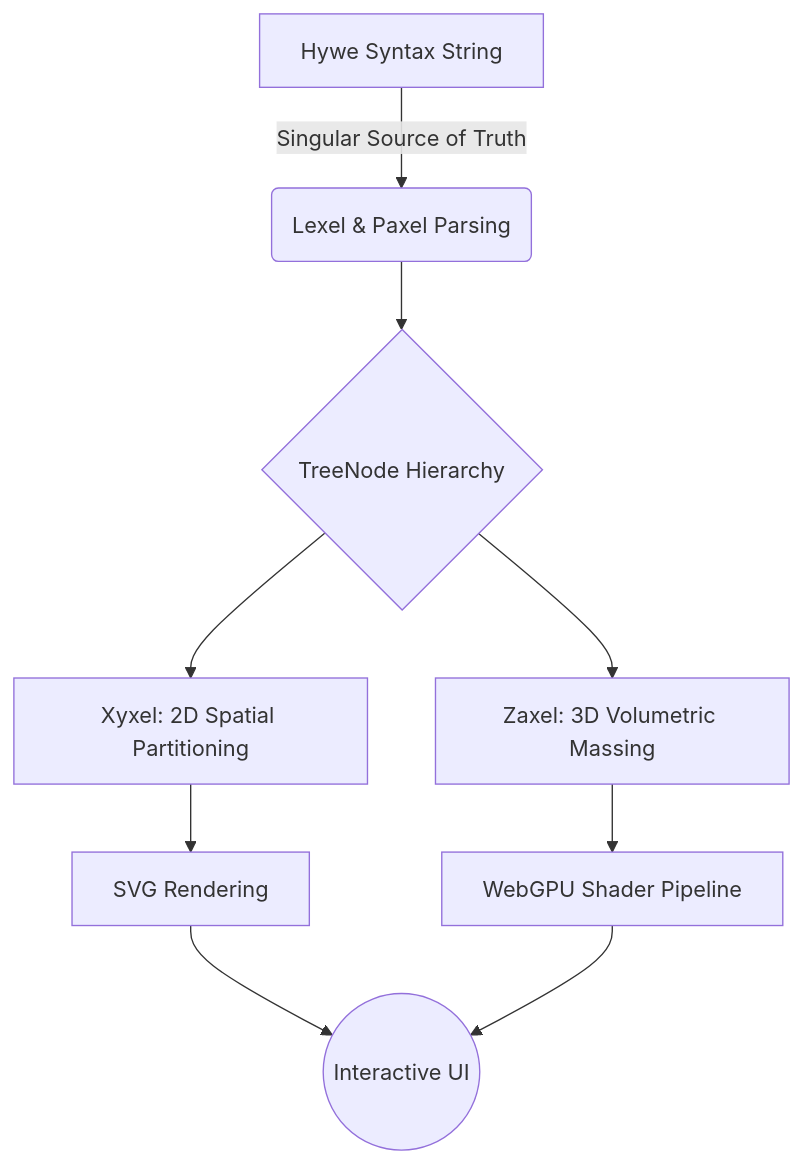
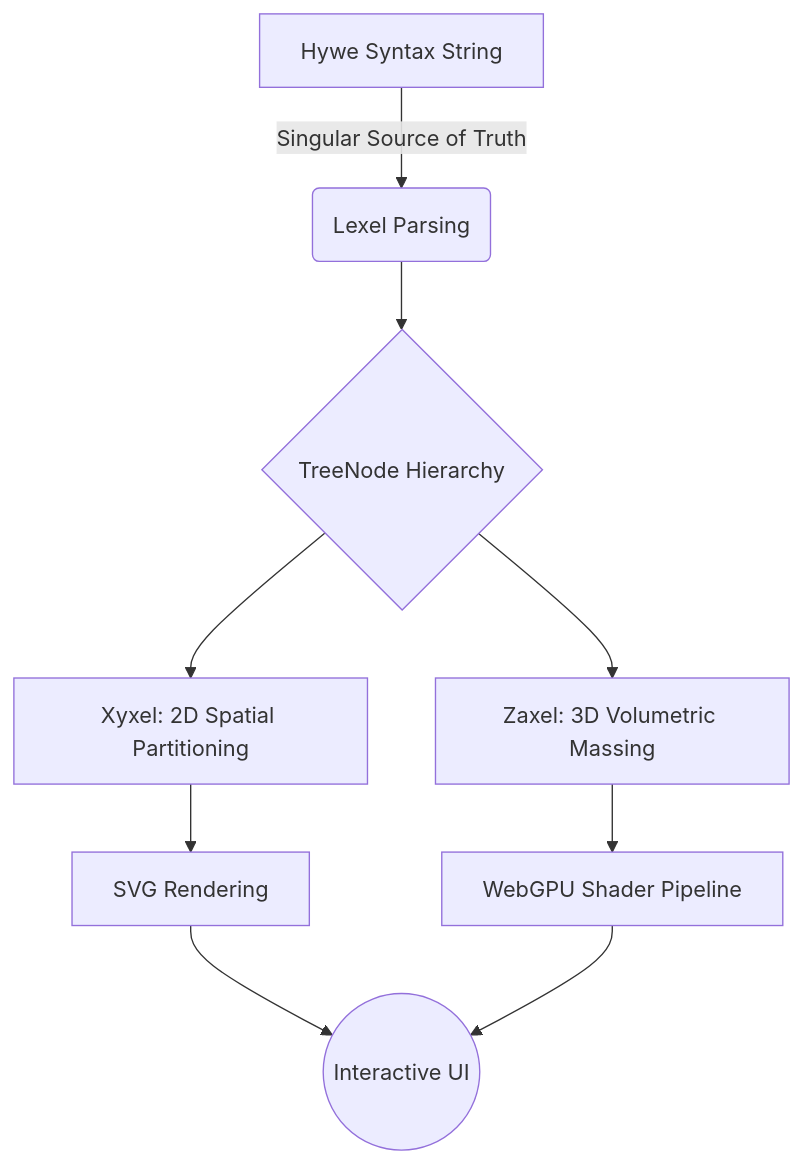
The diagram in README.md (vykrum/Hywe), drawn with Mermaid before and after one commit. The commit also changed other lines of this file and 2 other files, not shown here.

Commit message:
Lexel Update

````diff
--- a/README.md
+++ b/README.md
@@ -73,10 +73,10 @@
 ```mermaid
 graph TD
-    A[Hywe Syntax String] -- "Singular Source of Truth" --> B(Lexel & Paxel Parsing)
+    A[Hywe Syntax String] -- "Singular Source of Truth" --> B(Lexel Parsing)
     B --> C{TreeNode Hierarchy}
     C --> D[Xyxel: 2D Spatial Partitioning]
     C --> E[Zaxel: 3D Volumetric Massing]
     D --> F[SVG Rendering]
     E --> G[WebGPU Shader Pipeline]
     F & G --> H((Interactive UI))
 ```
````
